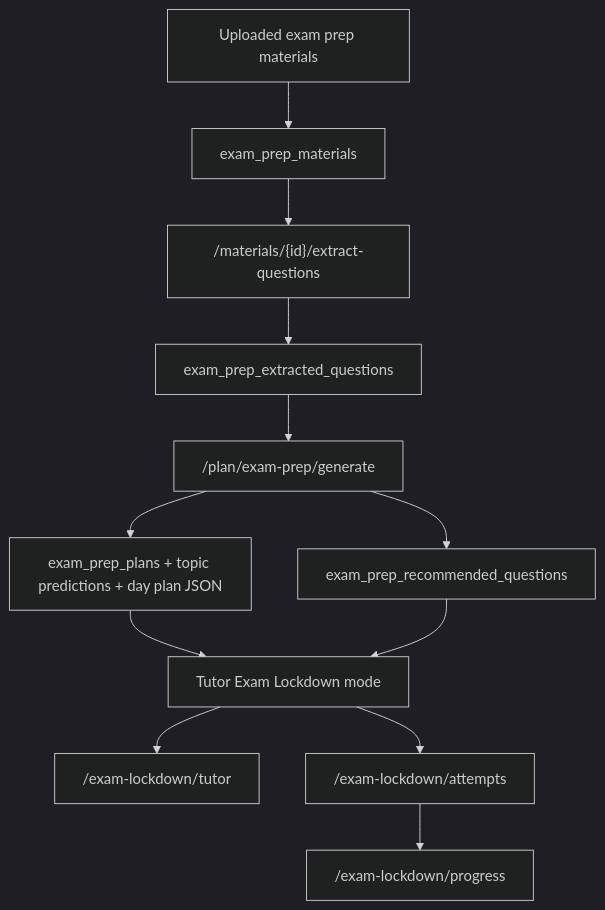
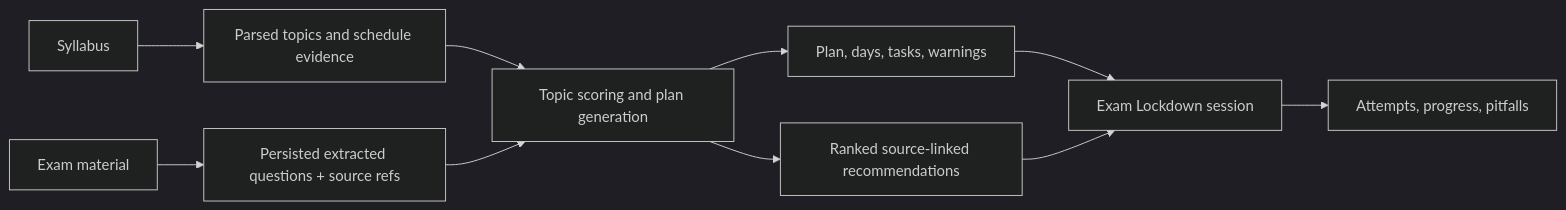
The third of 3 diagrams in docs/ARCHITECTURE.md (ShauryaDas924/study-app), drawn with Mermaid (dark theme) before and after one commit. The commit also changed other lines of this file and 76 other files, not shown here.

````diff
--- a/docs/ARCHITECTURE.md
+++ b/docs/ARCHITECTURE.md
@@ -140,14 +130,12 @@
 ```mermaid
-flowchart TD
-  Materials["Uploaded exam prep materials"] --> MaterialRows["exam_prep_materials"]
-  MaterialRows --> ExtractQuestions["/materials/{id}/extract-questions"]
-  ExtractQuestions --> ExtractedQuestions["exam_prep_extracted_questions"]
-  ExtractedQuestions --> GeneratePlan["/plan/exam-prep/generate"]
-  GeneratePlan --> Plan["exam_prep_plans + topic predictions + day plan JSON"]
-  GeneratePlan --> Recs["exam_prep_recommended_questions"]
-  Plan --> Tutor["Tutor Exam Lockdown mode"]
-  Recs --> Tutor
-  Tutor --> Coach["/exam-lockdown/tutor"]
-  Tutor --> Attempts["/exam-lockdown/attempts"]
-  Attempts --> Progress["/exam-lockdown/progress"]
+flowchart LR
+    SYL["Syllabus"] --> PARSE["Parsed topics and schedule evidence"]
+    MAT["Exam material"] --> EXTRACT["Persisted extracted questions + source refs"]
+    PARSE --> SCORE["Topic scoring and plan generation"]
+    EXTRACT --> SCORE
+    SCORE --> PLAN["Plan, days, tasks, warnings"]
+    SCORE --> REC["Ranked source-linked recommendations"]
+    PLAN --> LOCK["Exam Lockdown session"]
+    REC --> LOCK
+    LOCK --> ATT["Attempts, progress, pitfalls"]
 ```
````
